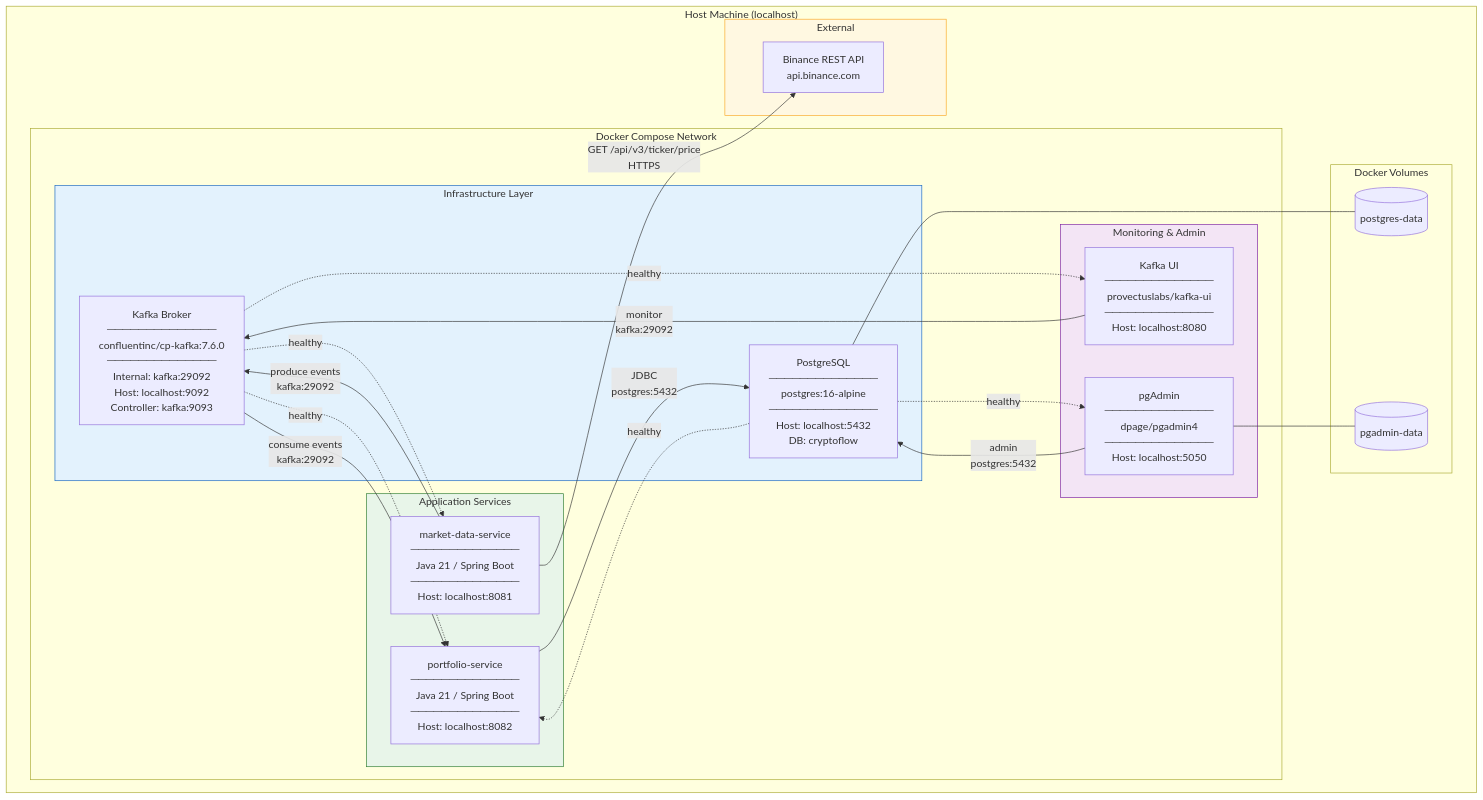
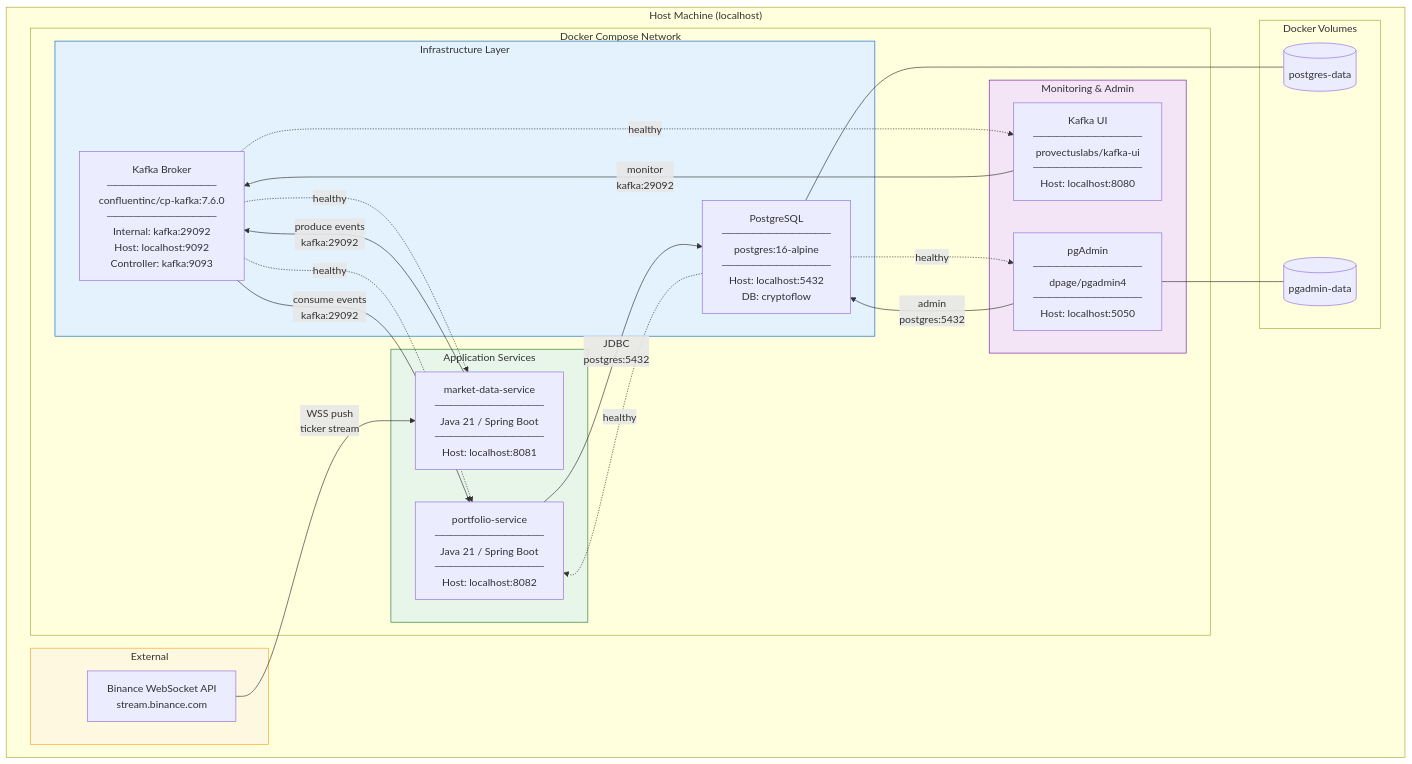
The first of 2 diagrams in docs/diagrams/deployment-diagram.md (cyrilgabriele/EDPO-Project-FS26), drawn with Mermaid before and after one commit. The commit also changed 20 other files, not shown here.

````diff
--- a/docs/diagrams/deployment-diagram.md
+++ b/docs/diagrams/deployment-diagram.md
@@ -5,58 +5,58 @@
 ```mermaid
 graph TB
     subgraph host["Host Machine (localhost)"]
 
         subgraph docker["Docker Compose Network"]
 
             subgraph infra["Infrastructure Layer"]
                 kafka["Kafka Broker<br/>──────────────<br/>confluentinc/cp-kafka:7.6.0<br/>──────────────<br/>Internal: kafka:29092<br/>Host: localhost:9092<br/>Controller: kafka:9093"]
                 postgres["PostgreSQL<br/>──────────────<br/>postgres:16-alpine<br/>──────────────<br/>Host: localhost:5432<br/>DB: cryptoflow"]
             end
 
             subgraph monitoring["Monitoring & Admin"]
                 kafkaui["Kafka UI<br/>──────────────<br/>provectuslabs/kafka-ui<br/>──────────────<br/>Host: localhost:8080"]
                 pgadmin["pgAdmin<br/>──────────────<br/>dpage/pgadmin4<br/>──────────────<br/>Host: localhost:5050"]
             end
 
             subgraph services["Application Services"]
                 mds["market-data-service<br/>──────────────<br/>Java 21 / Spring Boot<br/>──────────────<br/>Host: localhost:8081"]
                 ps["portfolio-service<br/>──────────────<br/>Java 21 / Spring Boot<br/>──────────────<br/>Host: localhost:8082"]
             end
 
         end
 
         subgraph external["External"]
-            binance["Binance REST API<br/>api.binance.com"]
+            binance["Binance WebSocket API<br/>stream.binance.com"]
         end
 
         subgraph volumes["Docker Volumes"]
             pgdata[("postgres-data")]
             pgadmindata[("pgadmin-data")]
         end
 
     end
 
     %% Dependencies (startup order)
     kafka -.->|healthy| kafkaui
     kafka -.->|healthy| mds
     kafka -.->|healthy| ps
     postgres -.->|healthy| pgadmin
     postgres -.->|healthy| ps
 
     %% Data flows
     mds -->|"produce events<br/>kafka:29092"| kafka
     kafka -->|"consume events<br/>kafka:29092"| ps
     ps -->|"JDBC<br/>postgres:5432"| postgres
-    mds -->|"GET /api/v3/ticker/price<br/>HTTPS"| binance
+    binance -->|"WSS push<br/>ticker stream"| mds
     kafkaui -->|"monitor<br/>kafka:29092"| kafka
     pgadmin -->|"admin<br/>postgres:5432"| postgres
 
     %% Volumes
     postgres --- pgdata
     pgadmin --- pgadmindata
 
     style infra fill:#e3f2fd,stroke:#1565c0
     style monitoring fill:#f3e5f5,stroke:#7b1fa2
     style services fill:#e8f5e9,stroke:#2e7d32
     style external fill:#fff8e1,stroke:#f9a825
 ```
````
